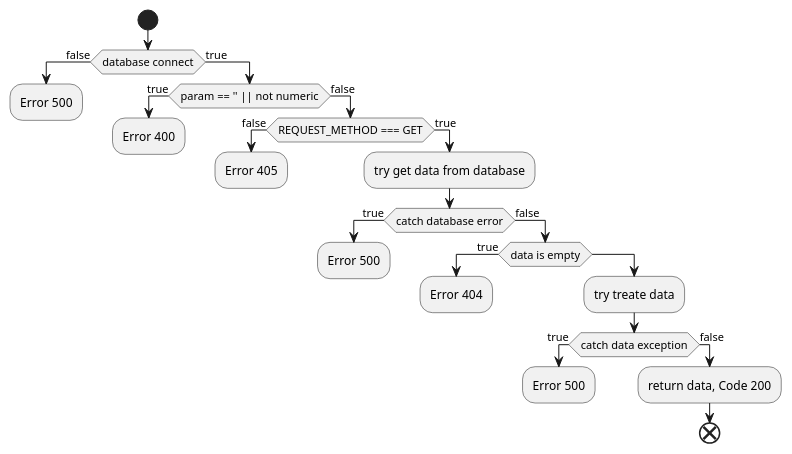
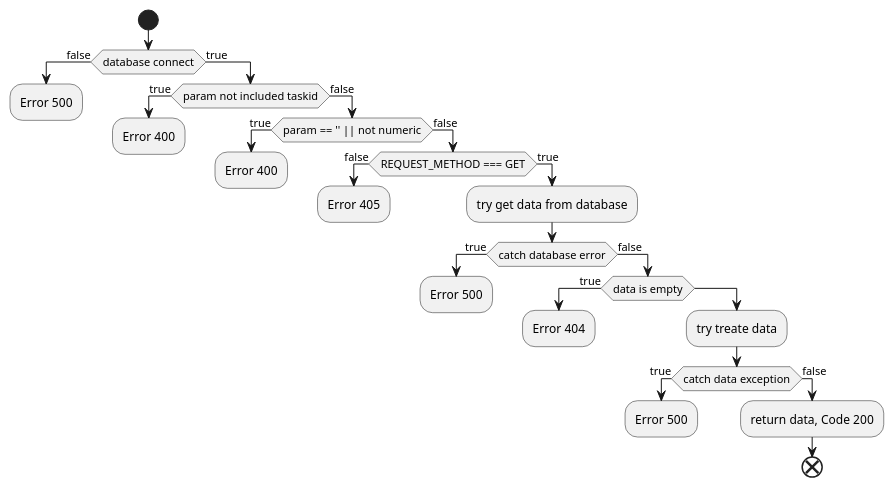
One commit to biyun233/Rest-Api changed the diagram in flowchart/tasks/single.puml. Above: the diagram before and after it, drawn with PlantUML. The commit also changed 4 other files, not shown here.

Commit message:
add update method and flowchart

```diff
--- a/flowchart/tasks/single.puml
+++ b/flowchart/tasks/single.puml
@@ -1,31 +1,35 @@
 @startuml
 start
 if(database connect) then (false)
   :Error 500;
   kill
 else (true)
-  if(param == '' || not numeric) then (true)
+  if(param not included taskid) then (true)
     :Error 400;
     kill
   else (false)
-    if(REQUEST_METHOD === GET) then (false)
-      :Error 405;
+    if(param == '' || not numeric) then (true)
+      :Error 400;
       kill
-    else (true)
-      :try get data from database;
-      if(catch database error) then (true)
-        :Error 500;
+    else (false)
+      if(REQUEST_METHOD === GET) then (false)
+        :Error 405;
         kill
-      else (false)
-        if(data is empty) then (true)
-          :Error 404;
+      else (true)
+        :try get data from database;
+        if(catch database error) then (true)
+          :Error 500;
           kill
-        else
-          :try treate data;
-          if(catch data exception) then (true)
-            :Error 500;
+        else (false)
+          if(data is empty) then (true)
+            :Error 404;
             kill
-          else (false)
-            :return data, Code 200;
-            end
+          else
+            :try treate data;
+            if(catch data exception) then (true)
+              :Error 500;
+              kill
+            else (false)
+              :return data, Code 200;
+              end
 @enduml()
```
